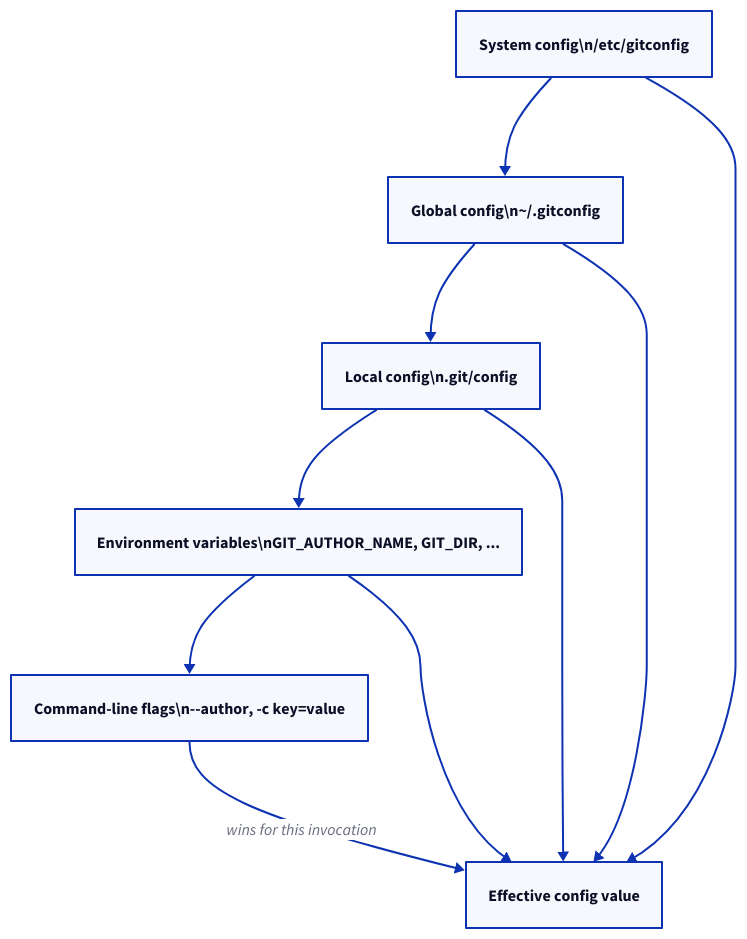
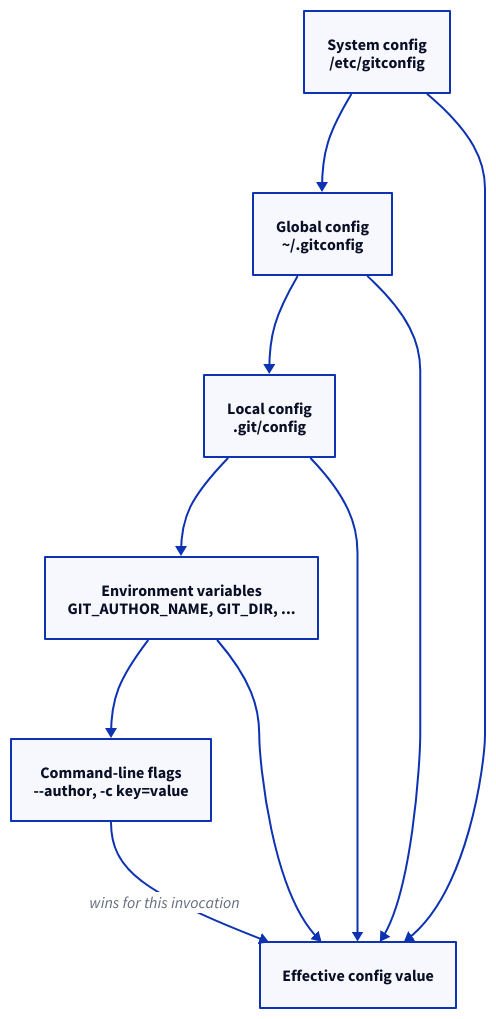
The diagram in docs/git/git-installation-and-configuration.md (rebash-rebash/rebash-academy), drawn with D2 before and after one commit. The commit also changed 177 other files, not shown here.

First line of the commit message:
Ship Terraform track, diagram polish, and new brand favicon.

````diff
--- a/docs/git/git-installation-and-configuration.md
+++ b/docs/git/git-installation-and-configuration.md
@@ -56,19 +56,19 @@
 ```d2
 direction: down
 
-ENV: "Environment variables\\nGIT_AUTHOR_NAME, GIT_DIR, ..."
-    SYS: "System config\\n/etc/gitconfig"
-    GLOBAL: "Global config\\n~/.gitconfig"
-    LOCAL: "Local config\\n.git/config"
-    CMD: "Command-line flags\\n--author, -c key=value"
+ENV: "Environment variables\nGIT_AUTHOR_NAME, GIT_DIR, ..."
+    SYS: "System config\n/etc/gitconfig"
+    GLOBAL: "Global config\n~/.gitconfig"
+    LOCAL: "Local config\n.git/config"
+    CMD: "Command-line flags\n--author, -c key=value"
     SYS -> GLOBAL
     GLOBAL -> LOCAL
     LOCAL -> ENV
     ENV -> CMD
     EFFECT: "Effective config value"
     CMD -> EFFECT: "wins for this invocation"
     LOCAL -> EFFECT
     GLOBAL -> EFFECT
     SYS -> EFFECT
     ENV -> EFFECT
 ```
````
